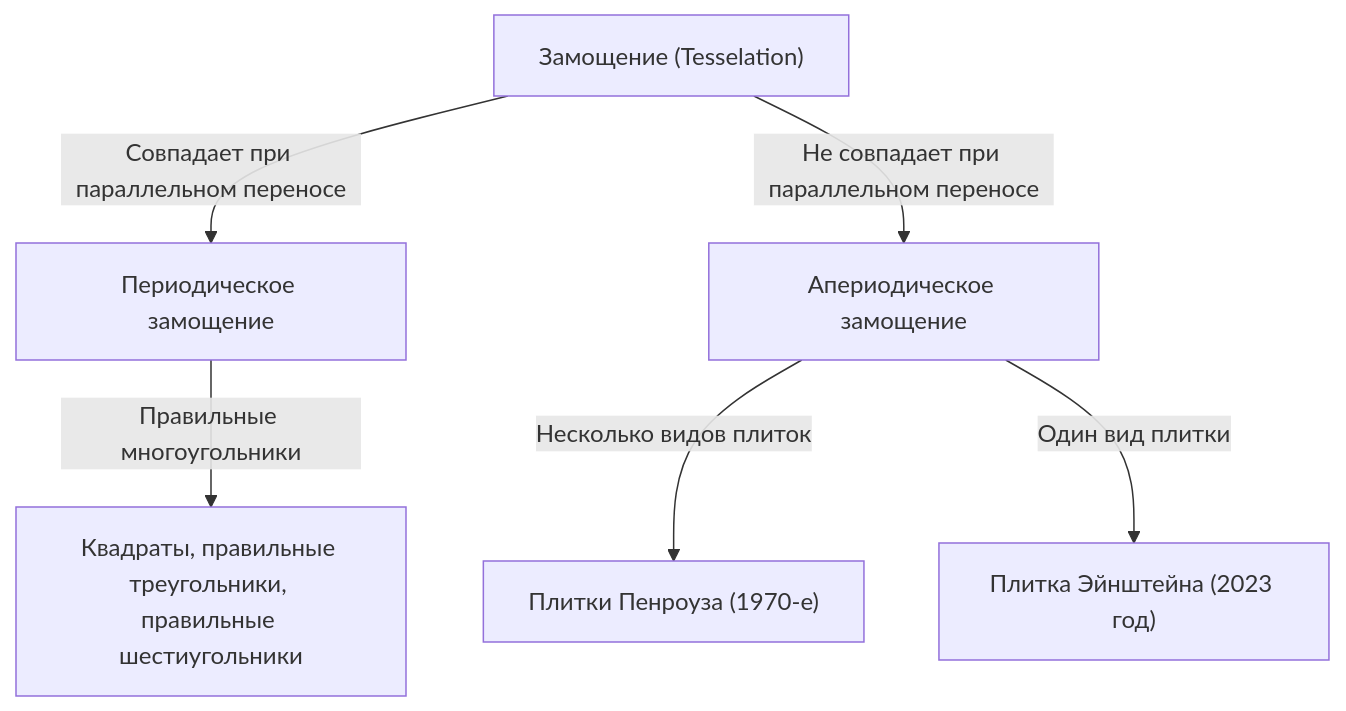
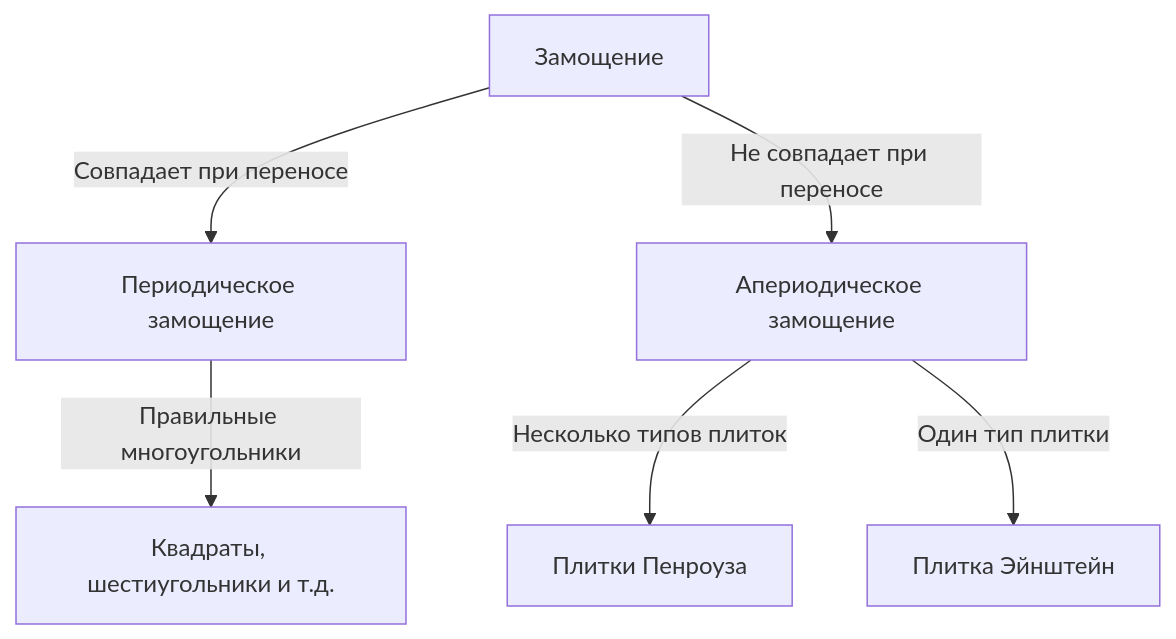
One commit to kenjinote/blog changed the diagram in content/post/aperiodic-tiling-problem/index.ru.md. Above: the diagram before and after it, drawn with Mermaid. The commit also changed other lines of this file and 129 other files, not shown here.

````diff
--- a/content/post/aperiodic-tiling-problem/index.ru.md
+++ b/content/post/aperiodic-tiling-problem/index.ru.md
@@ -23,9 +17,8 @@
 ```mermaid
 graph TD
-    A["Замощение (Tesselation)"]
-    A -- "Совпадает при параллельном переносе" --> B["Периодическое замощение"]
-    A -- "Не совпадает при параллельном переносе" --> C["Апериодическое замощение"]
-    B -- "Правильные многоугольники" --> D["Квадраты, правильные треугольники, правильные шестиугольники"]
-    C -- "Несколько видов плиток" --> E["Плитки Пенроуза (1970-е)"]
-    C -- "Один вид плитки" --> F["Плитка Эйнштейна (2023 год)"]
+    A["Замощение"] -- "Совпадает при переносе" --> B["Периодическое замощение"]
+    A -- "Не совпадает при переносе" --> C["Апериодическое замощение"]
+    B -- "Правильные многоугольники" --> D["Квадраты, шестиугольники и т.д."]
+    C -- "Несколько типов плиток" --> E["Плитки Пенроуза"]
+    C -- "Один тип плитки" --> F["Плитка Эйнштейн"]
 ```
````
